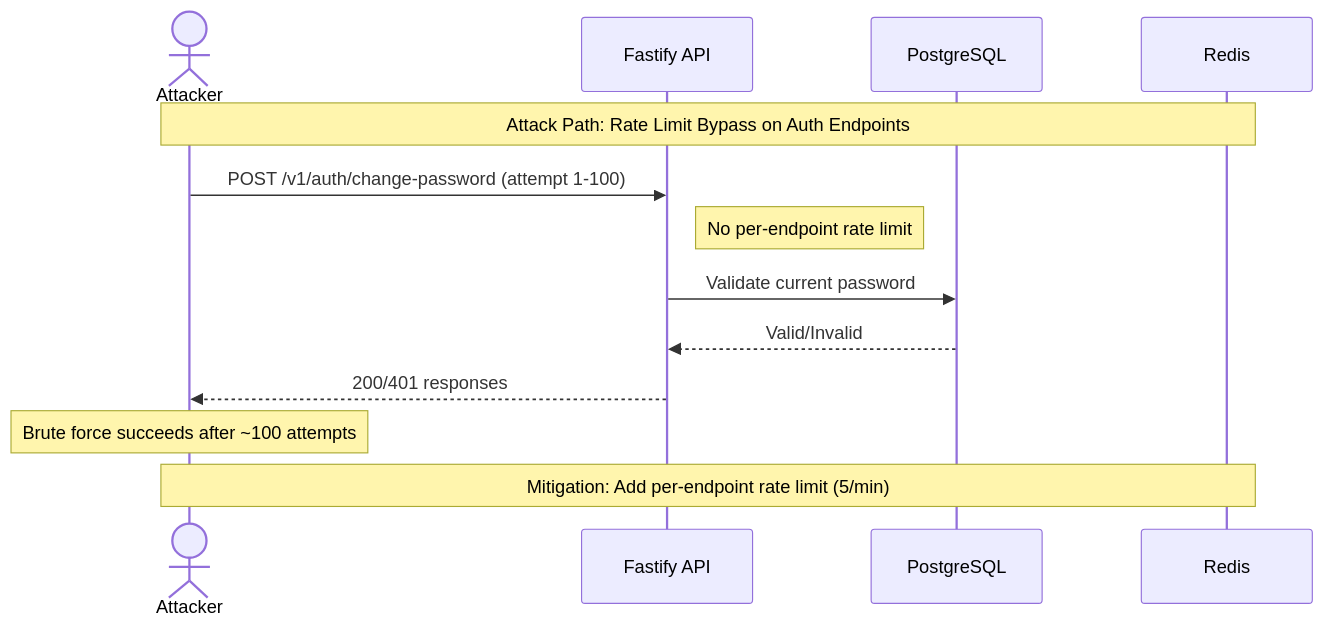
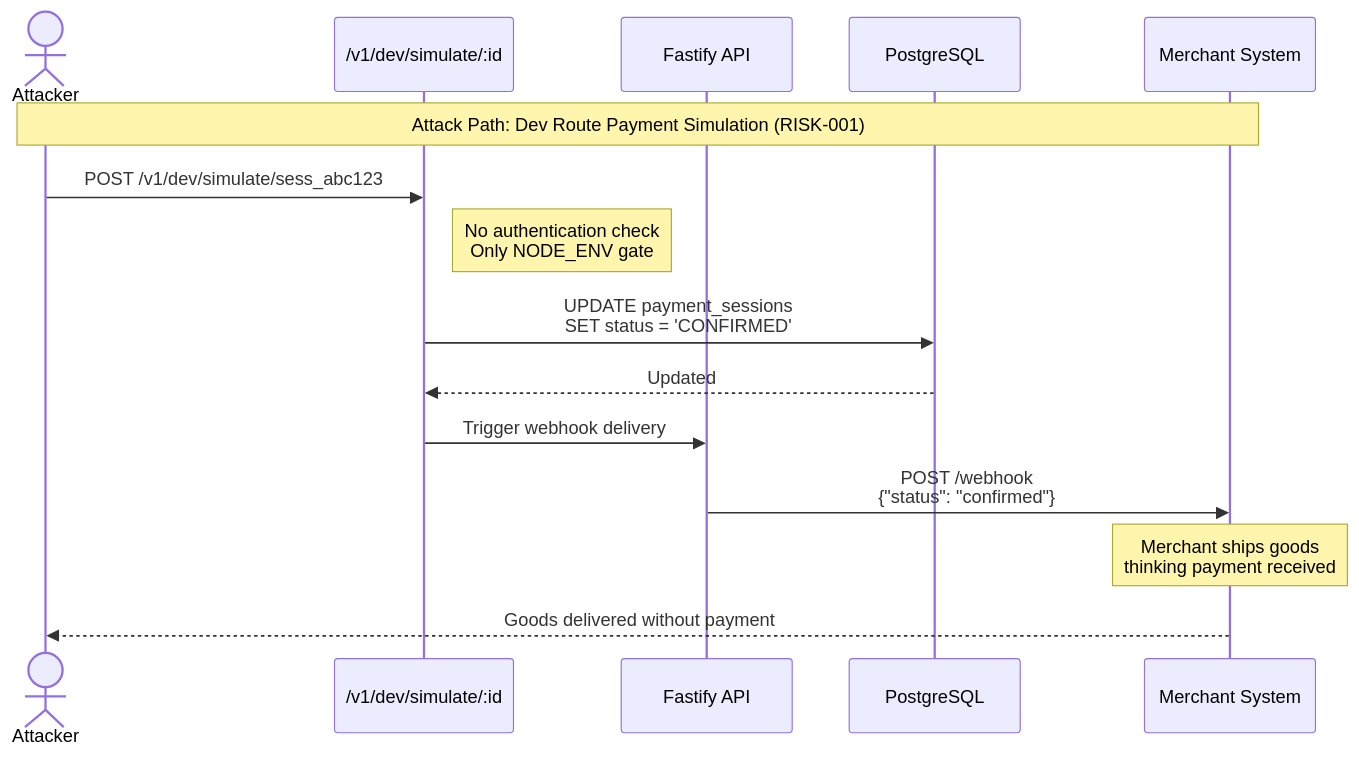
Before and after one commit to Tamoura/Claude-Code-creates-the-SW-company: the ninth of 12 diagrams in products/stablecoin-gateway/docs/AUDIT-REPORT.md, drawn with Mermaid. The commit also changed other lines of this file and 9 other files, not shown here.

````diff
--- a/products/stablecoin-gateway/docs/AUDIT-REPORT.md
+++ b/products/stablecoin-gateway/docs/AUDIT-REPORT.md
@@ -353,18 +542,19 @@
 ```mermaid
 sequenceDiagram
     actor Attacker
+    participant DevRoute as /v1/dev/simulate/:id
     participant API as Fastify API
     participant DB as PostgreSQL
-    participant Redis as Redis
+    participant Merchant as Merchant System
 
-    Note over Attacker,Redis: Attack Path: Rate Limit Bypass on Auth Endpoints
+    Note over Attacker,Merchant: Attack Path: Dev Route Payment Simulation (RISK-001)
 
-    Attacker->>API: POST /v1/auth/change-password (attempt 1-100)
-    Note right of API: No per-endpoint rate limit
-    API->>DB: Validate current password
-    DB-->>API: Valid/Invalid
-    API-->>Attacker: 200/401 responses
-    Note over Attacker: Brute force succeeds after ~100 attempts
-
-    Note over Attacker,Redis: Mitigation: Add per-endpoint rate limit (5/min)
+    Attacker->>DevRoute: POST /v1/dev/simulate/sess_abc123
+    Note right of DevRoute: No authentication check<br/>Only NODE_ENV gate
+    DevRoute->>DB: UPDATE payment_sessions<br/>SET status = 'CONFIRMED'
+    DB-->>DevRoute: Updated
+    DevRoute->>API: Trigger webhook delivery
+    API->>Merchant: POST /webhook<br/>{"status": "confirmed"}
+    Note over Merchant: Merchant ships goods<br/>thinking payment received
+    Merchant-->>Attacker: Goods delivered without payment
 ```
````
